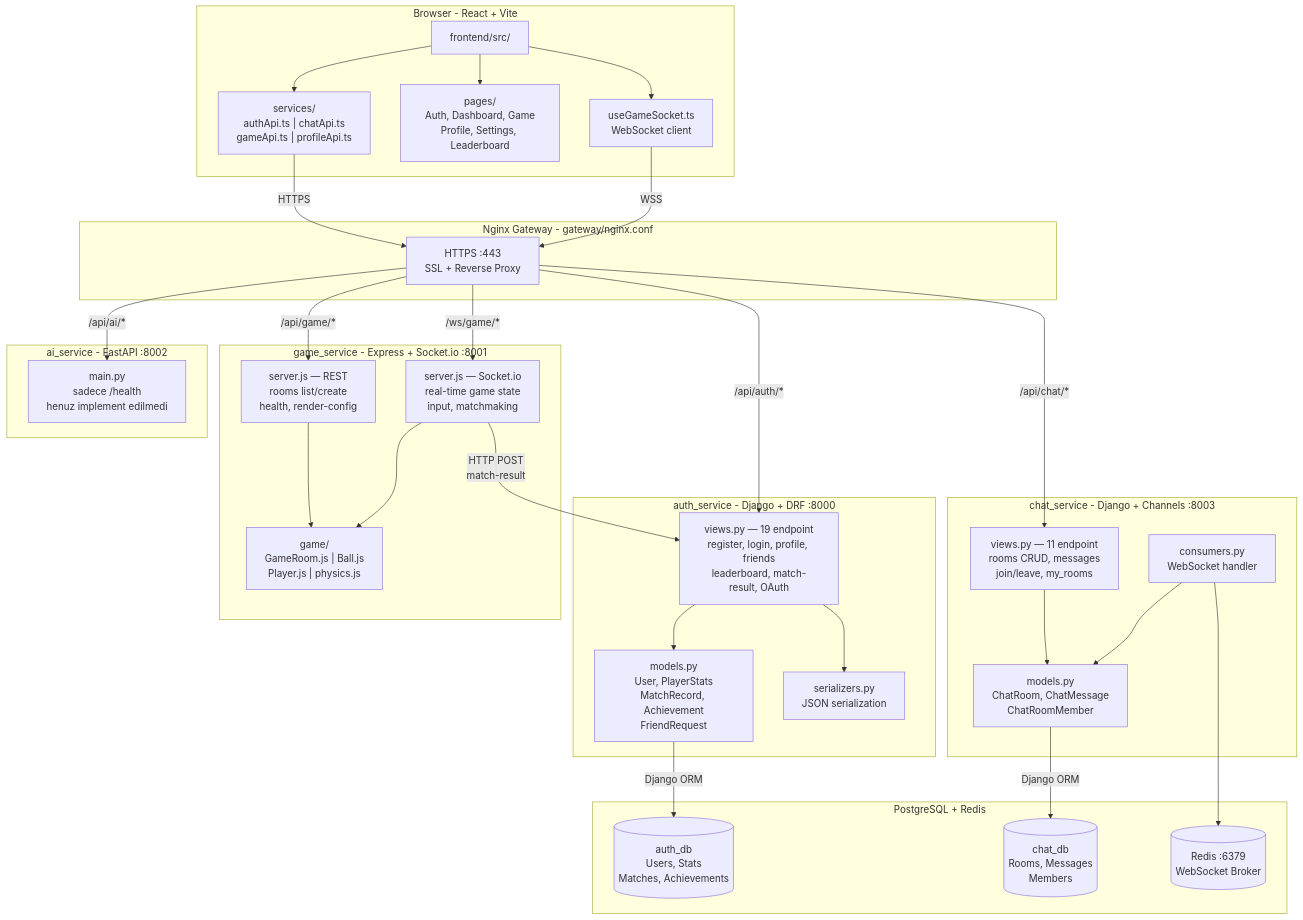
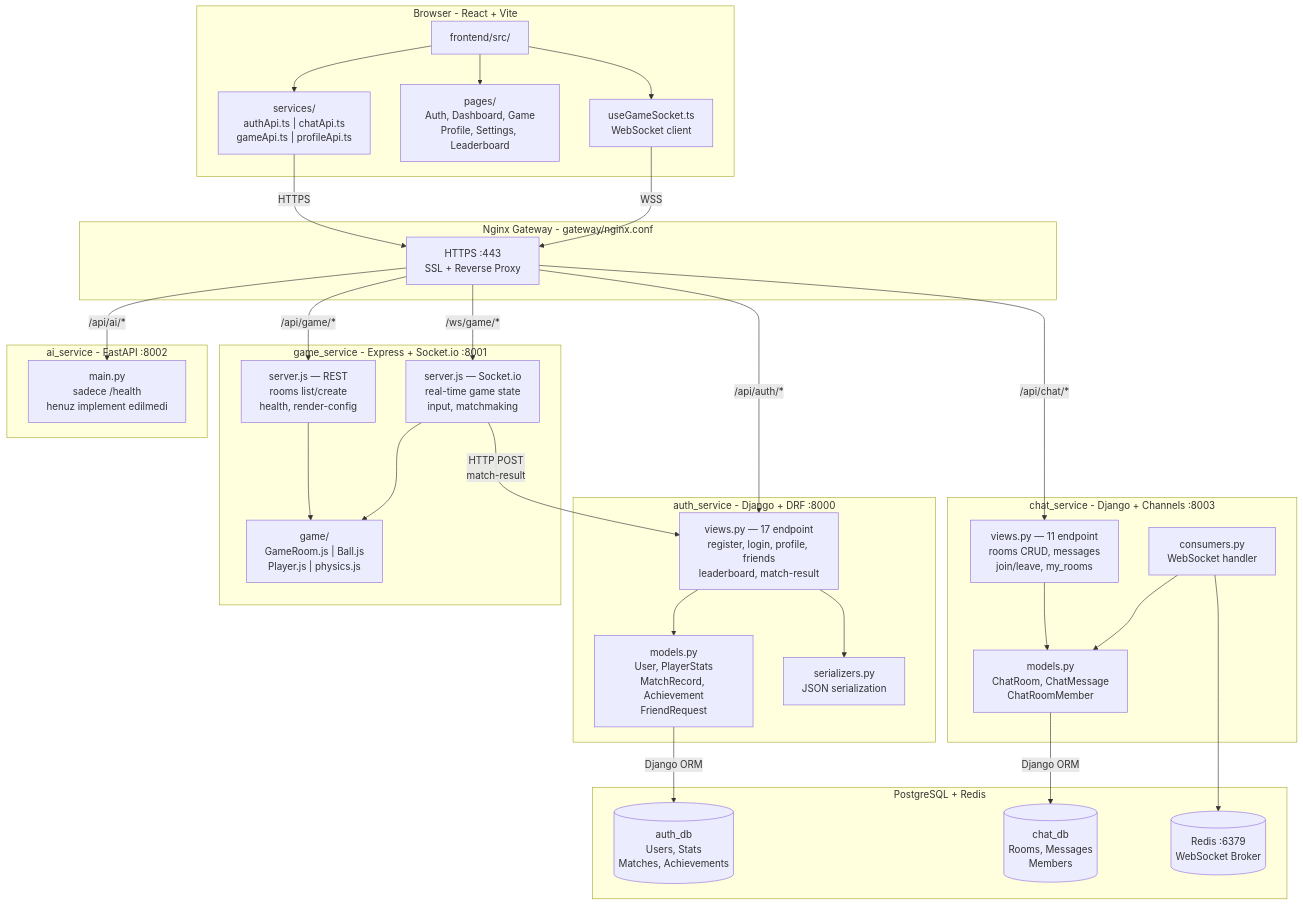
Before and after one commit to halukozdemir/ft_transcendence: the diagram in README.md, drawn with Mermaid. The commit also changed other lines of this file and 15 other files, not shown here.

````diff
--- a/README.md
+++ b/README.md
@@ -14,61 +14,61 @@
 ```mermaid
 graph TB
     subgraph Client["Browser - React + Vite"]
         FE["frontend/src/"]
         FE --> Services["services/<br/>authApi.ts | chatApi.ts<br/>gameApi.ts | profileApi.ts"]
         FE --> Pages["pages/<br/>Auth, Dashboard, Game<br/>Profile, Settings, Leaderboard"]
         FE --> WS_Client["useGameSocket.ts<br/>WebSocket client"]
     end
 
     subgraph Gateway["Nginx Gateway - gateway/nginx.conf"]
         HTTPS["HTTPS :443<br/>SSL + Reverse Proxy"]
     end
 
     Services -->|"HTTPS"| HTTPS
     WS_Client -->|"WSS"| HTTPS
 
     HTTPS -->|"/api/auth/*"| AUTH
     HTTPS -->|"/api/chat/*"| CHAT
     HTTPS -->|"/api/game/*"| GAME_REST
     HTTPS -->|"/ws/game/*"| GAME_WS
     HTTPS -->|"/api/ai/*"| AI
 
     subgraph AuthService["auth_service - Django + DRF :8000"]
-        AUTH["views.py — 19 endpoint<br/>register, login, profile, friends<br/>leaderboard, match-result, OAuth"]
+        AUTH["views.py — 17 endpoint<br/>register, login, profile, friends<br/>leaderboard, match-result"]
         AUTH_MODELS["models.py<br/>User, PlayerStats<br/>MatchRecord, Achievement<br/>FriendRequest"]
         AUTH_SER["serializers.py<br/>JSON serialization"]
         AUTH --> AUTH_MODELS
         AUTH --> AUTH_SER
     end
 
     subgraph ChatService["chat_service - Django + Channels :8003"]
         CHAT["views.py — 11 endpoint<br/>rooms CRUD, messages<br/>join/leave, my_rooms"]
         CHAT_WS["consumers.py<br/>WebSocket handler"]
         CHAT_MODELS["models.py<br/>ChatRoom, ChatMessage<br/>ChatRoomMember"]
         CHAT --> CHAT_MODELS
         CHAT_WS --> CHAT_MODELS
     end
 
     subgraph GameService["game_service - Express + Socket.io :8001"]
         GAME_REST["server.js — REST<br/>rooms list/create<br/>health, render-config"]
         GAME_WS["server.js — Socket.io<br/>real-time game state<br/>input, matchmaking"]
         GAME_LOGIC["game/<br/>GameRoom.js | Ball.js<br/>Player.js | physics.js"]
         GAME_REST --> GAME_LOGIC
         GAME_WS --> GAME_LOGIC
     end
 
     subgraph AIService["ai_service - FastAPI :8002"]
         AI["main.py<br/>sadece /health<br/>henuz implement edilmedi"]
     end
 
     subgraph Databases["PostgreSQL + Redis"]
         AUTH_DB[("auth_db<br/>Users, Stats<br/>Matches, Achievements")]
         CHAT_DB[("chat_db<br/>Rooms, Messages<br/>Members")]
         REDIS[("Redis :6379<br/>WebSocket Broker")]
     end
 
     AUTH_MODELS -->|"Django ORM"| AUTH_DB
     CHAT_MODELS -->|"Django ORM"| CHAT_DB
     CHAT_WS --> REDIS
     GAME_WS -->|"HTTP POST<br/>match-result"| AUTH
 ```
````
